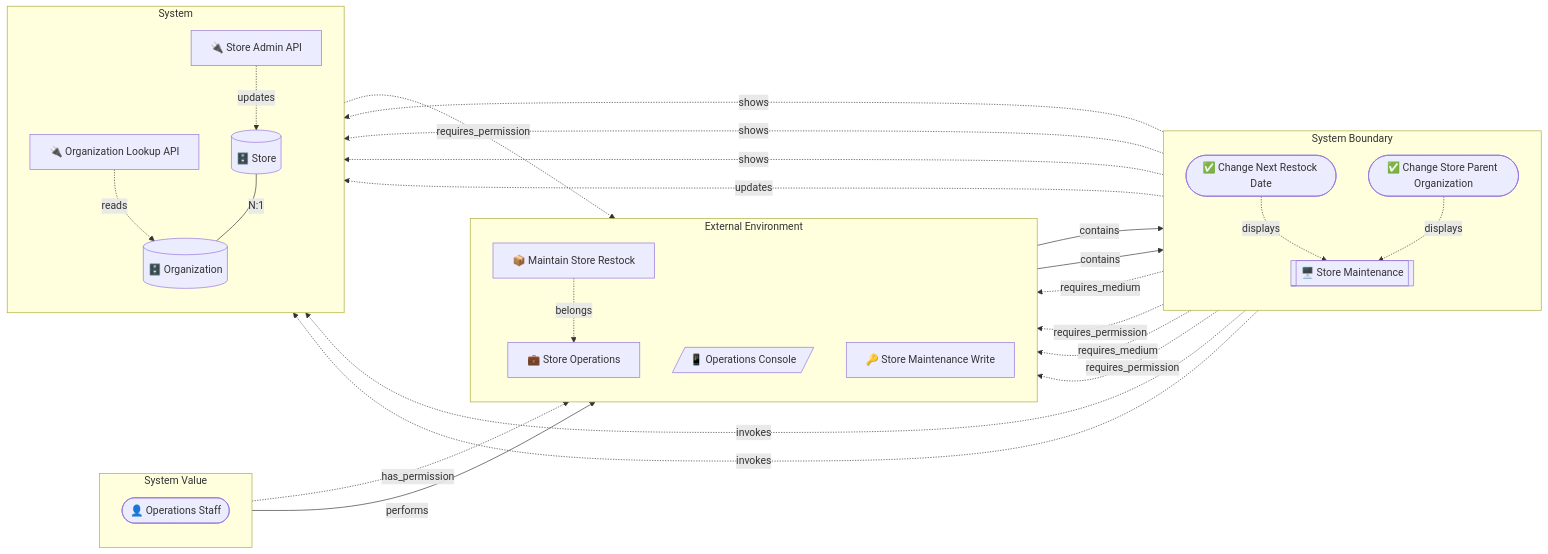
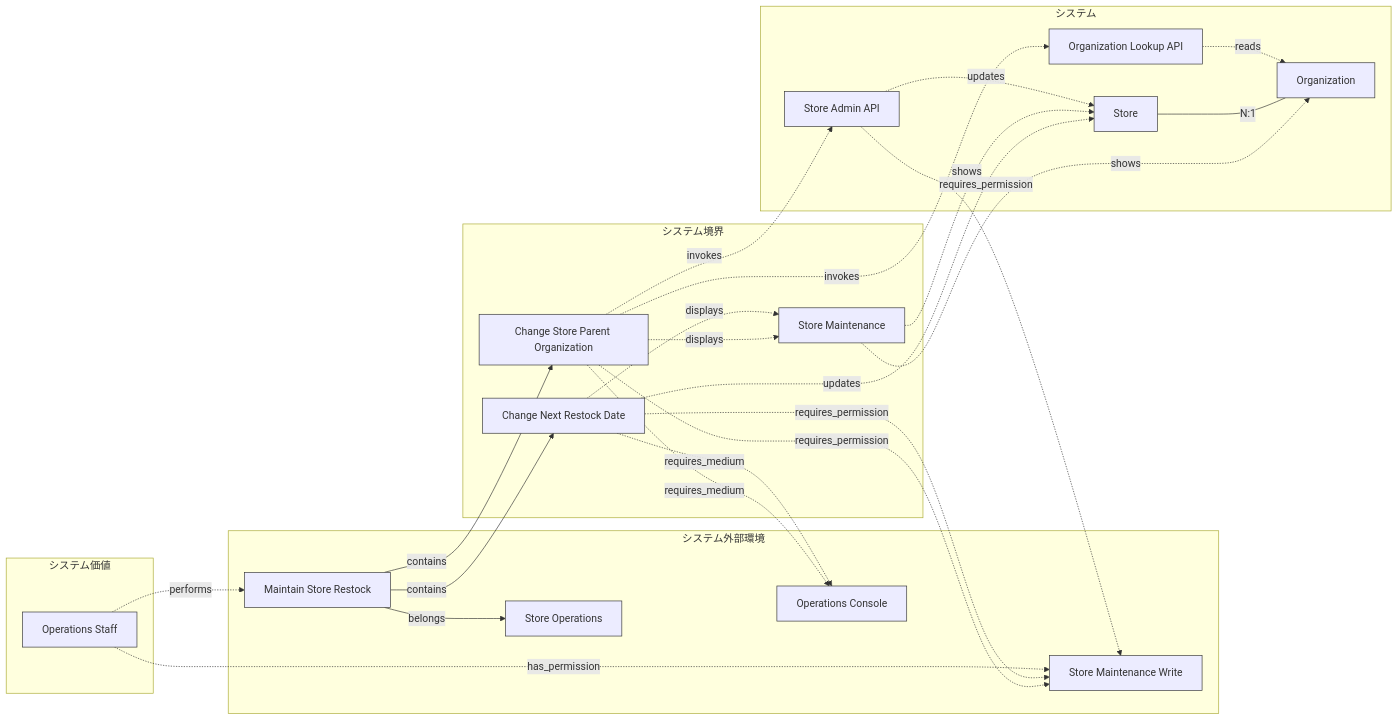
Before and after one commit to manji-0/rdra-ish-dsl: the diagram in samples/incremental-order/step-4-entity-structure/out/object_graph_buc_store_restock.mmd, drawn with Mermaid. The commit also changed 12 other files, not shown here.

First line of the commit message:
docs(samples): refresh the incremental-order step diagrams to the encoding contract

```diff
--- a/samples/incremental-order/step-4-entity-structure/out/object_graph_buc_store_restock.mmd
+++ b/samples/incremental-order/step-4-entity-structure/out/object_graph_buc_store_restock.mmd
@@ -1,46 +1,56 @@
+%% rdra-ish diagram=rdra scope=buc:BucStoreRestock model=samples/incremental-order/step-4-entity-structure/src
+%% layers: value=システム価値 environment=システム外部環境 boundary=システム境界 system=システム
+%% kinds: actor business buc medium permission usecase screen api entity
+%% omitted: (none)
 flowchart LR
-  subgraph layer_value[System Value]
-    direction TB
-    OpsStaff(["👤 Operations Staff"])
+  subgraph layer_value["システム価値"]
+    actor__OpsStaff["Operations Staff"]:::actor
   end
-  subgraph layer_environment[External Environment]
-    direction TB
-    StoreOperations["💼 Store Operations"]
-    BucStoreRestock["📦 Maintain Store Restock"]
-    OpsConsole[/"📱 Operations Console"/]
-    StoreMaintenanceWrite["🔑 Store Maintenance Write"]
+  subgraph layer_environment["システム外部環境"]
+    business__StoreOperations["Store Operations"]:::business
+    %% desc business__StoreOperations: Store operations owns restock planning and store master maintenance.
+    buc__BucStoreRestock["Maintain Store Restock"]:::buc
+    %% desc buc__BucStoreRestock: Keep restock dates and store organization assignments operationally correct.
+    medium__OpsConsole["Operations Console"]:::medium
+    permission__StoreMaintenanceWrite["Store Maintenance Write"]:::permission
   end
-  subgraph layer_boundary[System Boundary]
-    direction TB
-    ChangeNextRestockDate(["✅ Change Next Restock Date"])
-    ChangeStoreParentOrganization(["✅ Change Store Parent Organization"])
-    StoreMaintenanceScreen[["🖥️ Store Maintenance"]]
+  subgraph layer_boundary["システム境界"]
+    usecase__ChangeNextRestockDate["Change Next Restock Date"]:::usecase
+    usecase__ChangeStoreParentOrganization["Change Store Parent Organization"]:::usecase
+    screen__StoreMaintenanceScreen["Store Maintenance"]:::screen
   end
-  subgraph layer_system[System]
-    direction TB
-    OrganizationLookupApi["🔌 Organization Lookup API"]
-    StoreAdminApi["🔌 Store Admin API"]
-    Organization[("🗄️ Organization")]
-    Store[("🗄️ Store")]
+  subgraph layer_system["システム"]
+    api__OrganizationLookupApi["Organization Lookup API"]:::api
+    api__StoreAdminApi["Store Admin API"]:::api
+    entity__Organization["Organization"]:::entity
+    entity__Store["Store"]:::entity
   end
-  OpsStaff -.->|has_permission| StoreMaintenanceWrite
-  OpsStaff -->|performs| BucStoreRestock
-  StoreAdminApi -.->|requires_permission| StoreMaintenanceWrite
-  StoreAdminApi -.->|updates| Store
-  OrganizationLookupApi -.->|reads| Organization
-  BucStoreRestock -.->|belongs| StoreOperations
-  BucStoreRestock -->|contains| ChangeNextRestockDate
-  BucStoreRestock -->|contains| ChangeStoreParentOrganization
-  Store ---|N:1| Organization
-  StoreMaintenanceScreen -.->|shows| Store
-  StoreMaintenanceScreen -.->|shows| Store
-  StoreMaintenanceScreen -.->|shows| Organization
-  ChangeNextRestockDate -.->|displays| StoreMaintenanceScreen
-  ChangeNextRestockDate -.->|requires_medium| OpsConsole
-  ChangeNextRestockDate -.->|requires_permission| StoreMaintenanceWrite
-  ChangeNextRestockDate -.->|updates| Store
-  ChangeStoreParentOrganization -.->|displays| StoreMaintenanceScreen
-  ChangeStoreParentOrganization -.->|invokes| StoreAdminApi
-  ChangeStoreParentOrganization -.->|invokes| OrganizationLookupApi
-  ChangeStoreParentOrganization -.->|requires_medium| OpsConsole
-  ChangeStoreParentOrganization -.->|requires_permission| StoreMaintenanceWrite
+  actor__OpsStaff -.->|has_permission| permission__StoreMaintenanceWrite
+  actor__OpsStaff -.->|performs| buc__BucStoreRestock
+  api__OrganizationLookupApi -.->|reads| entity__Organization
+  api__StoreAdminApi -.->|requires_permission| permission__StoreMaintenanceWrite
+  api__StoreAdminApi -.->|updates| entity__Store
+  buc__BucStoreRestock -->|belongs| business__StoreOperations
+  buc__BucStoreRestock -->|contains| usecase__ChangeNextRestockDate
+  buc__BucStoreRestock -->|contains| usecase__ChangeStoreParentOrganization
+  entity__Store ---|N:1| entity__Organization
+  screen__StoreMaintenanceScreen -.->|shows| entity__Organization
+  screen__StoreMaintenanceScreen -.->|shows| entity__Store
+  usecase__ChangeNextRestockDate -.->|displays| screen__StoreMaintenanceScreen
+  usecase__ChangeNextRestockDate -.->|requires_medium| medium__OpsConsole
+  usecase__ChangeNextRestockDate -.->|requires_permission| permission__StoreMaintenanceWrite
+  usecase__ChangeNextRestockDate -.->|updates| entity__Store
+  usecase__ChangeStoreParentOrganization -.->|displays| screen__StoreMaintenanceScreen
+  usecase__ChangeStoreParentOrganization -.->|invokes| api__OrganizationLookupApi
+  usecase__ChangeStoreParentOrganization -.->|invokes| api__StoreAdminApi
+  usecase__ChangeStoreParentOrganization -.->|requires_medium| medium__OpsConsole
+  usecase__ChangeStoreParentOrganization -.->|requires_permission| permission__StoreMaintenanceWrite
+  classDef actor stroke:#333;
+  classDef business stroke:#333;
+  classDef buc stroke:#333;
+  classDef medium stroke:#333;
+  classDef permission stroke:#333;
+  classDef usecase stroke:#333;
+  classDef screen stroke:#333;
+  classDef api stroke:#333;
+  classDef entity stroke:#333;
```
